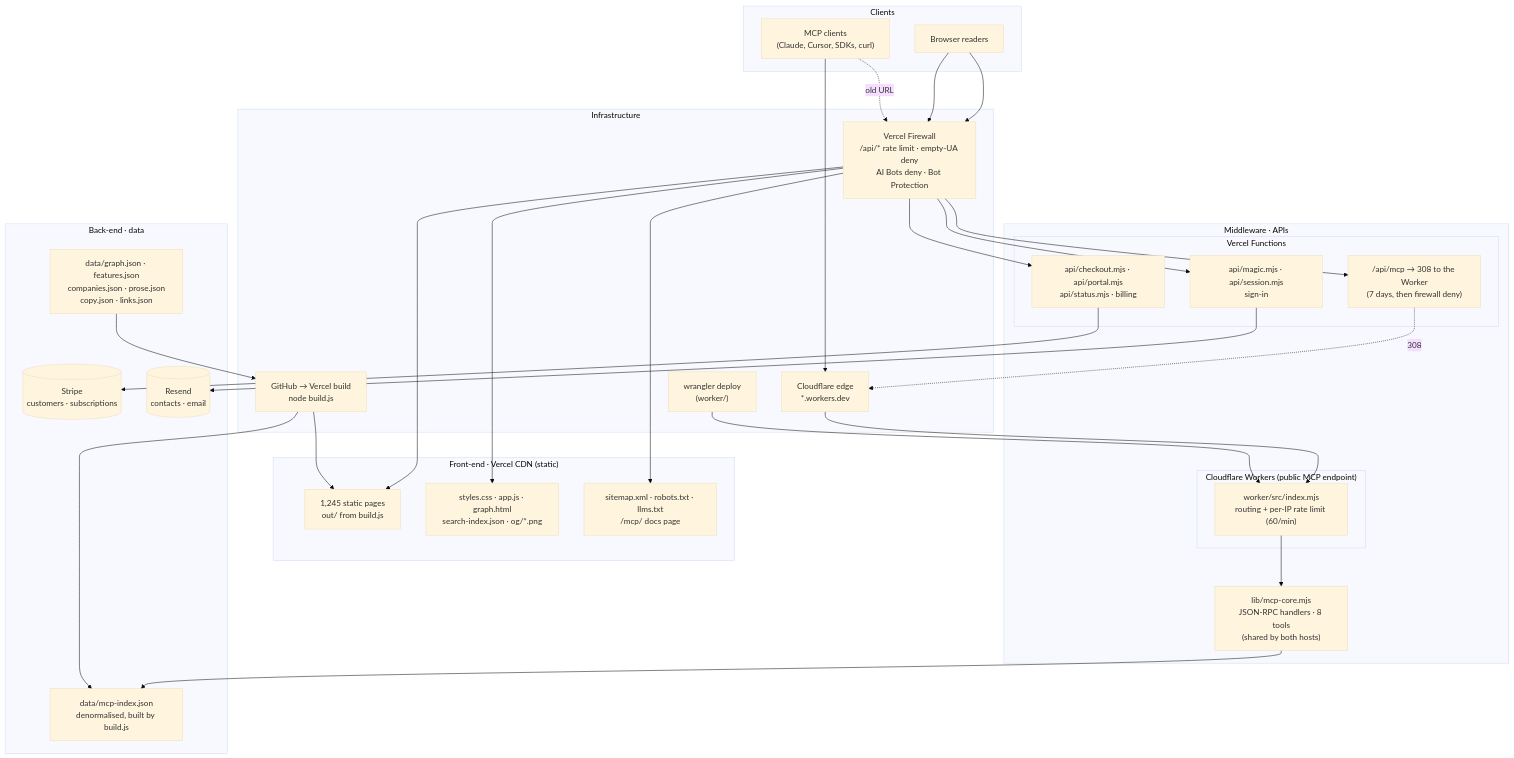
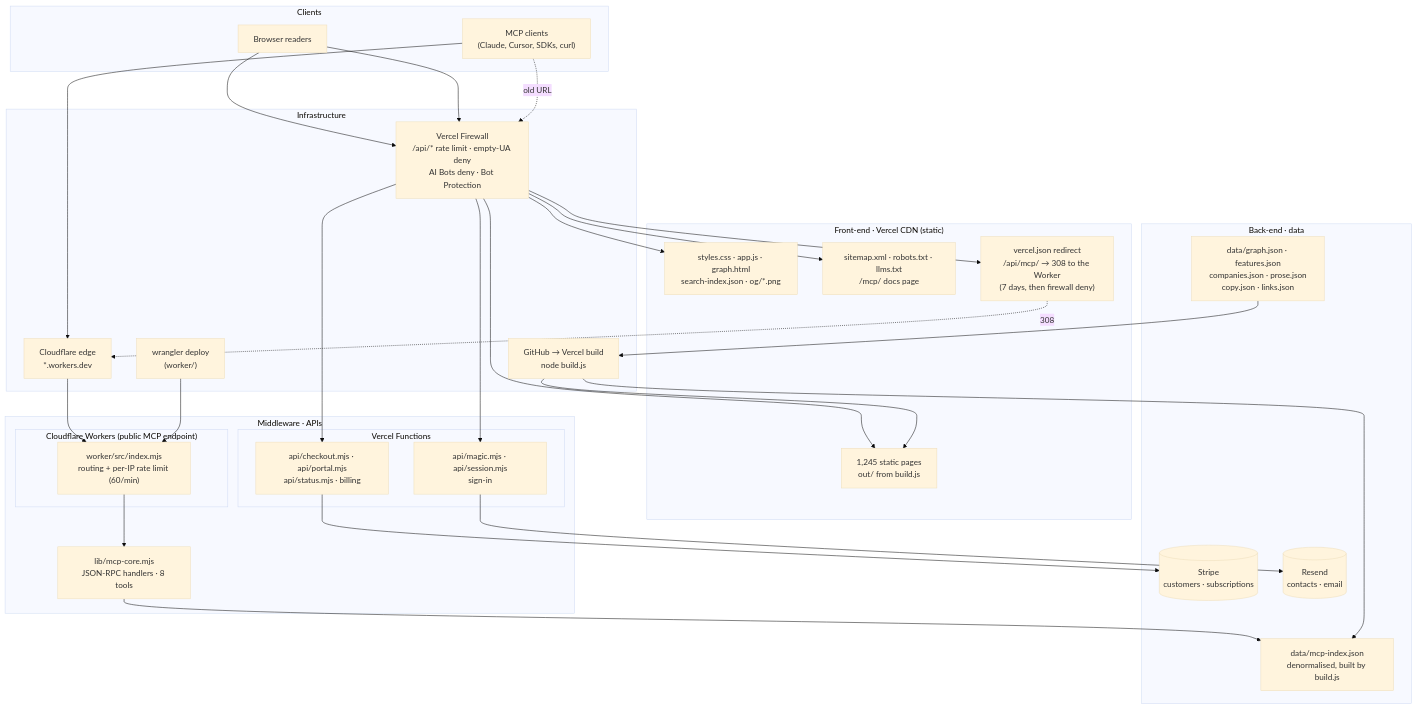
One commit to MAKaminski/genome-of-games changed the first of 2 diagrams in docs/architecture.md. Above: the diagram before and after it, drawn with Mermaid (base theme). The commit also changed other lines of this file and 6 other files, not shown here.

First line of the commit message:
Replace the Vercel MCP function with a 308 to the Worker

````diff
--- a/docs/architecture.md
+++ b/docs/architecture.md
@@ -15,50 +15,50 @@
 ```mermaid
 flowchart TB
   subgraph clients["Clients"]
     browser["Browser readers"]
     agents["MCP clients<br/>(Claude, Cursor, SDKs, curl)"]
   end
 
   subgraph fe["Front-end · Vercel CDN (static)"]
     pages["1,245 static pages<br/>out/ from build.js"]
     assets["styles.css · app.js · graph.html<br/>search-index.json · og/*.png"]
     seo["sitemap.xml · robots.txt · llms.txt<br/>/mcp/ docs page"]
+    legacy["vercel.json redirect<br/>/api/mcp/ → 308 to the Worker<br/>(7 days, then firewall deny)"]
   end
 
   subgraph mw["Middleware · APIs"]
     subgraph cf["Cloudflare Workers (public MCP endpoint)"]
       worker["worker/src/index.mjs<br/>routing + per-IP rate limit (60/min)"]
     end
     subgraph vfn["Vercel Functions"]
       auth["api/magic.mjs · api/session.mjs<br/>sign-in"]
       bill["api/checkout.mjs · api/portal.mjs<br/>api/status.mjs · billing"]
-      legacy["/api/mcp → 308 to the Worker<br/>(7 days, then firewall deny)"]
     end
-    core["lib/mcp-core.mjs<br/>JSON-RPC handlers · 8 tools<br/>(shared by both hosts)"]
+    core["lib/mcp-core.mjs<br/>JSON-RPC handlers · 8 tools"]
   end
 
   subgraph be["Back-end · data"]
     idx["data/mcp-index.json<br/>denormalised, built by build.js"]
     src["data/graph.json · features.json<br/>companies.json · prose.json<br/>copy.json · links.json"]
     stripe[("Stripe<br/>customers · subscriptions")]
     resend[("Resend<br/>contacts · email")]
   end
 
   subgraph infra["Infrastructure"]
     vfw["Vercel Firewall<br/>/api/* rate limit · empty-UA deny<br/>AI Bots deny · Bot Protection"]
     cfedge["Cloudflare edge<br/>*.workers.dev"]
     gh["GitHub → Vercel build<br/>node build.js"]
     wr["wrangler deploy<br/>(worker/)"]
   end
 
   browser --> vfw --> pages & assets & seo
   browser --> vfw --> auth & bill
   agents --> cfedge --> worker --> core
   agents -. old URL .-> vfw --> legacy -. 308 .-> cfedge
   core --> idx
   src --> gh --> idx
   gh --> pages
   wr --> worker
   auth --> resend
   bill --> stripe
 ```
````
